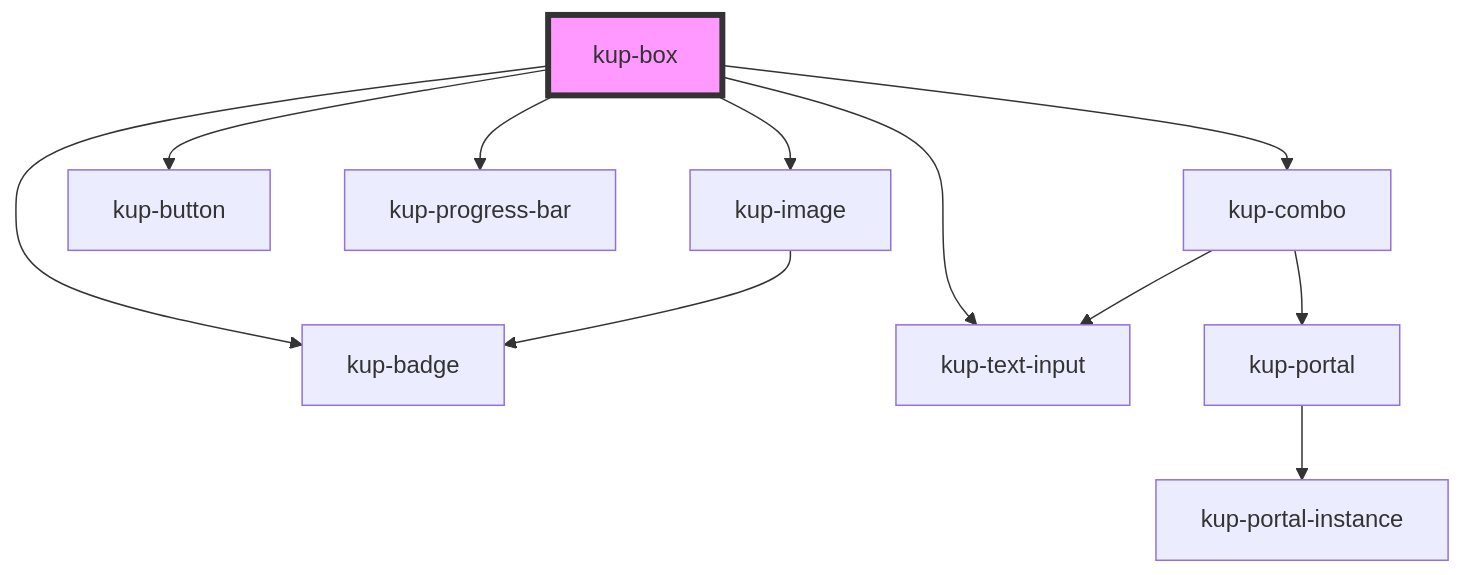
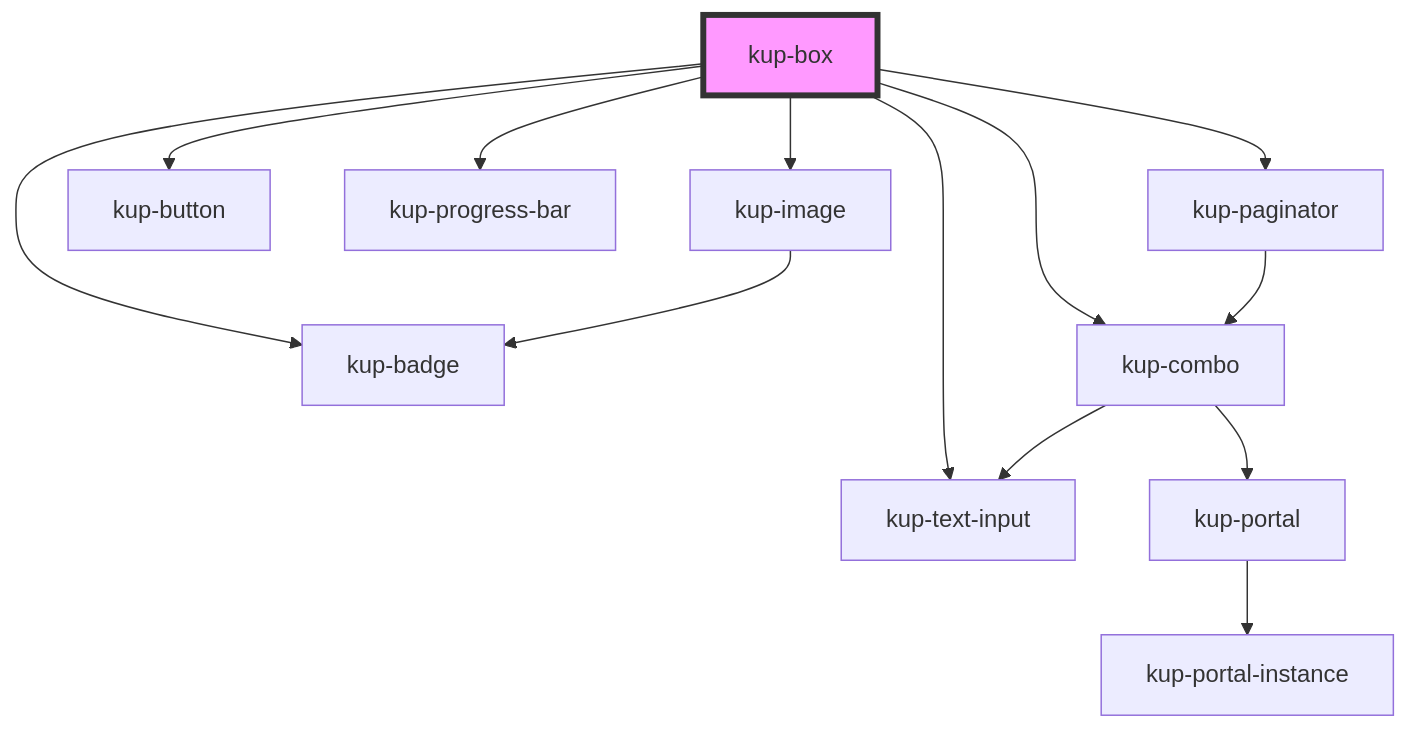
The diagram in packages/ketchup/src/components/kup-box/readme.md (smeup/ketchup), drawn with Mermaid before and after one commit. The commit also changed other lines of this file and 21 other files, not shown here.

````diff
--- a/packages/ketchup/src/components/kup-box/readme.md
+++ b/packages/ketchup/src/components/kup-box/readme.md
@@ -75,14 +78,16 @@
 ```mermaid
 graph TD;
   kup-box --> kup-badge
   kup-box --> kup-image
   kup-box --> kup-button
   kup-box --> kup-progress-bar
   kup-box --> kup-combo
   kup-box --> kup-text-input
+  kup-box --> kup-paginator
   kup-image --> kup-badge
   kup-combo --> kup-text-input
   kup-combo --> kup-portal
   kup-portal --> kup-portal-instance
+  kup-paginator --> kup-combo
   style kup-box fill:#f9f,stroke:#333,stroke-width:4px
 ```
````
